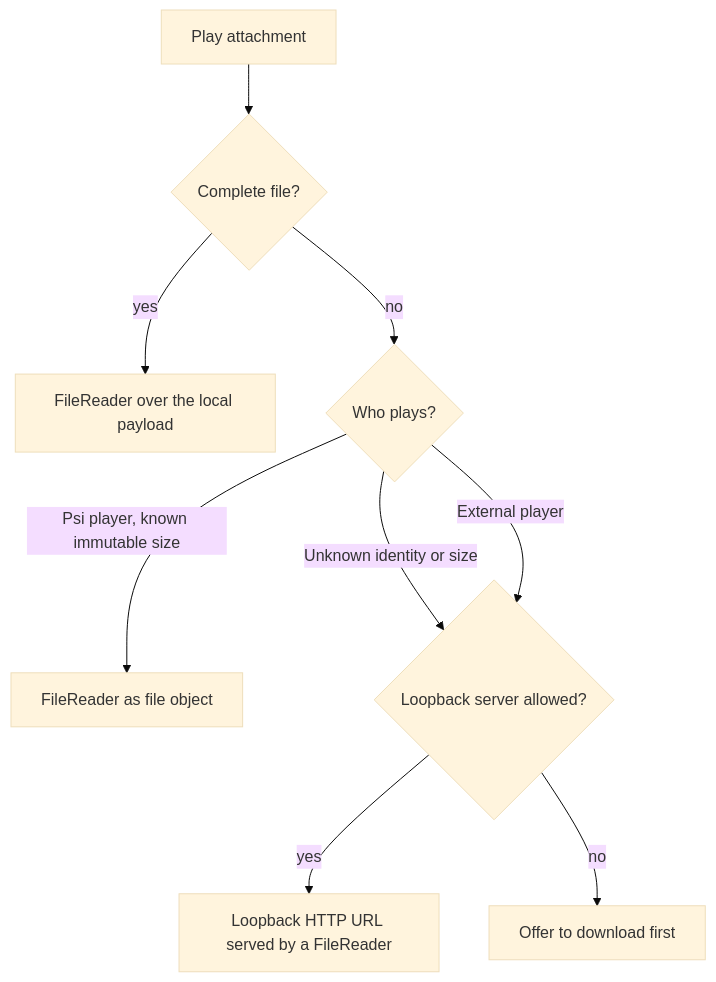
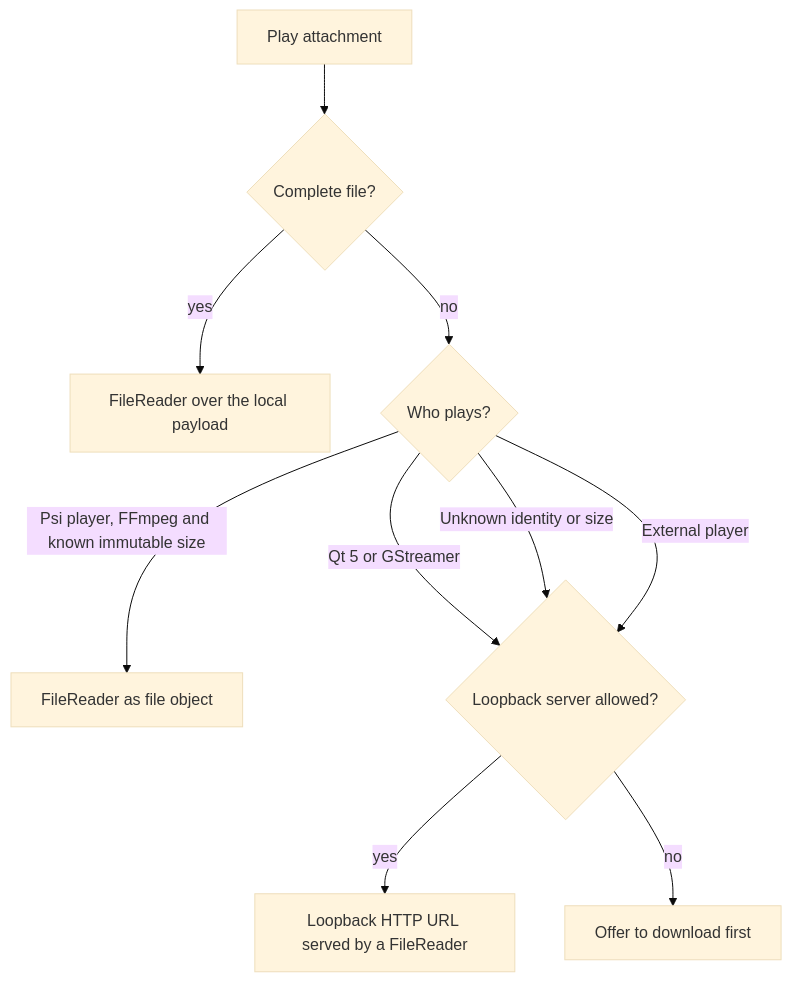
Before and after one commit to psi-im/psi: the fourth of 8 diagrams in docs/local-message-deletion-design.md, drawn with Mermaid (base theme). The commit also changed other lines of this file and 7 other files, not shown here.

````diff
--- a/docs/local-message-deletion-design.md
+++ b/docs/local-message-deletion-design.md
@@ -467,11 +468,12 @@
 ```mermaid
 flowchart TD
     start["Play attachment"] --> complete{"Complete file?"}
     complete -- yes --> path["FileReader over the local payload"]
     complete -- no --> who{"Who plays?"}
-    who -- "Psi player, known immutable size" --> reader["FileReader as file object"]
+    who -- "Psi player, FFmpeg and known immutable size" --> reader["FileReader as file object"]
+    who -- "Qt 5 or GStreamer" --> server
     who -- "Unknown identity or size" --> server{"Loopback server allowed?"}
     who -- "External player" --> server
     server -- yes --> http["Loopback HTTP URL served by a FileReader"]
     server -- no --> first["Offer to download first"]
 ```
````
